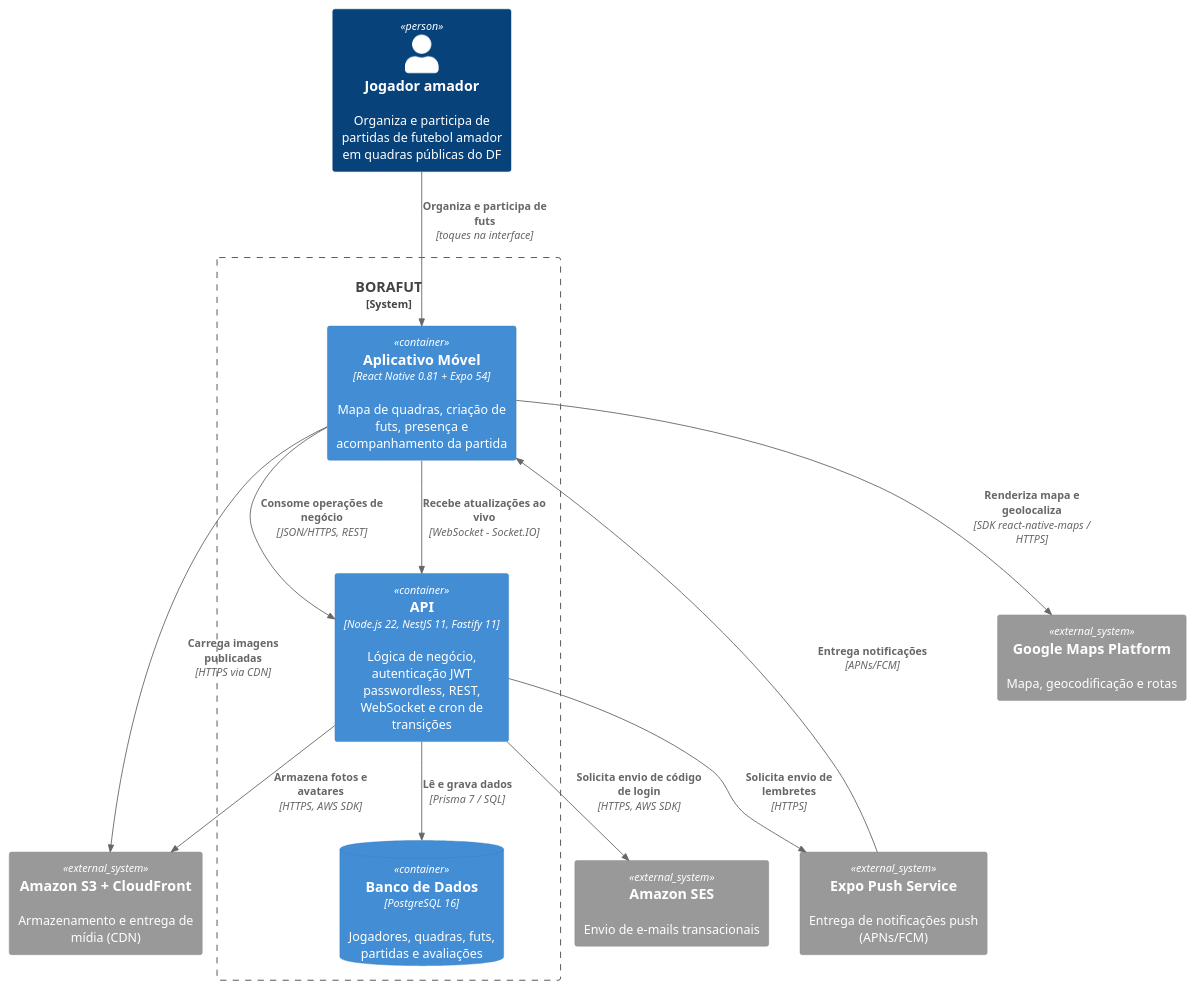
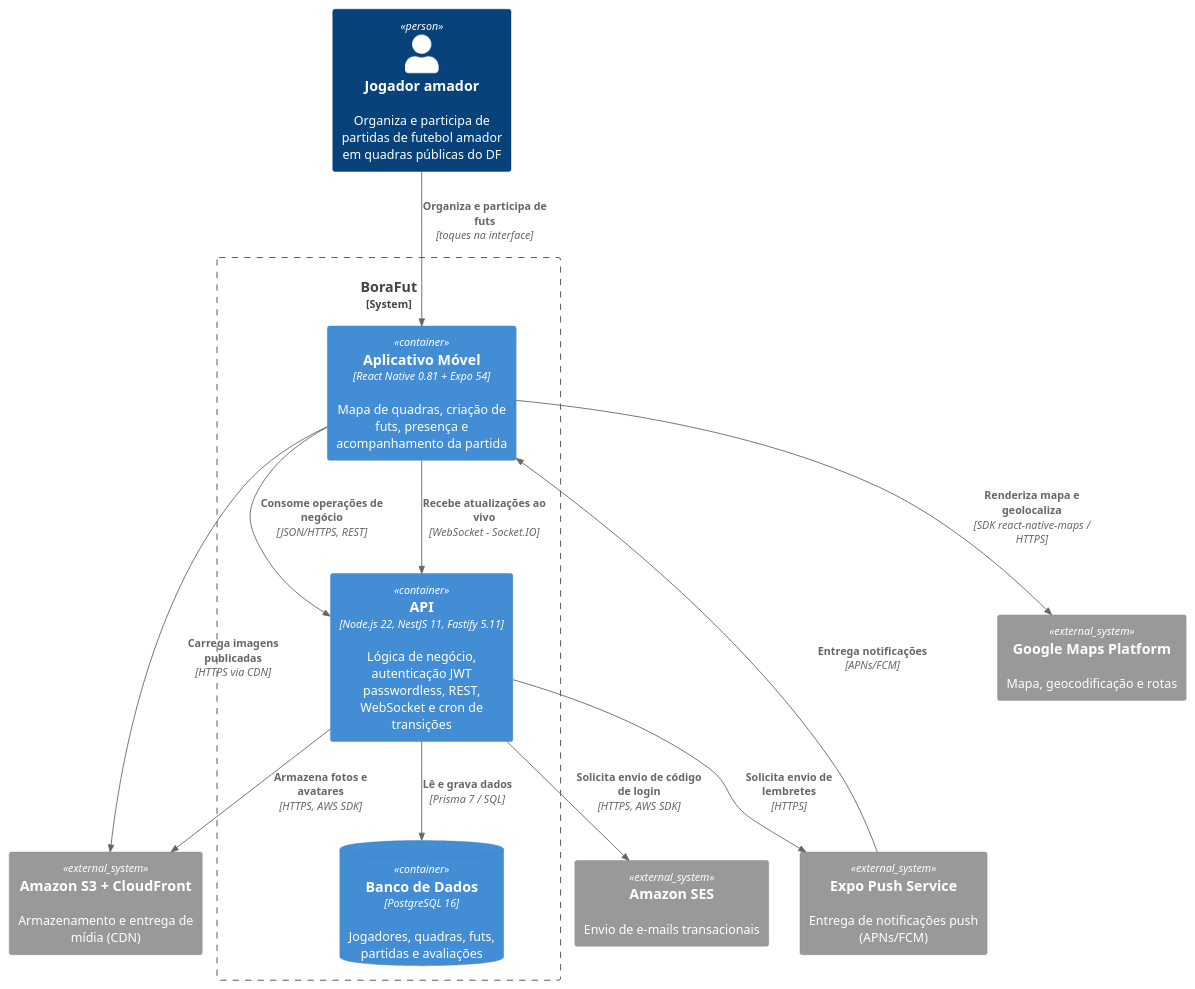
The second of 3 diagrams in specs-diagramas-banca.md (EhOMiguel/borafut-app-tcc), drawn with PlantUML before and after one commit. The commit also changed other lines of this file and 39 other files, not shown here.

````diff
--- a/specs-diagramas-banca.md
+++ b/specs-diagramas-banca.md
@@ -441,29 +477,29 @@
 ```plantuml
 @startuml
 !include https://raw.githubusercontent.com/plantuml-stdlib/C4-PlantUML/master/C4_Container.puml
 
 Person(jogador, "Jogador amador", "Organiza e participa de partidas de futebol amador em quadras públicas do DF")
 
-System_Boundary(borafut, "BORAFUT") {
+System_Boundary(borafut, "BoraFut") {
   Container(app, "Aplicativo Móvel", "React Native 0.81 + Expo 54", "Mapa de quadras, criação de futs, presença e acompanhamento da partida")
-  Container(api, "API", "Node.js 22, NestJS 11, Fastify 11", "Lógica de negócio, autenticação JWT passwordless, REST, WebSocket e cron de transições")
+  Container(api, "API", "Node.js 22, NestJS 11, Fastify 5.11", "Lógica de negócio, autenticação JWT passwordless, REST, WebSocket e cron de transições")
   ContainerDb(db, "Banco de Dados", "PostgreSQL 16", "Jogadores, quadras, futs, partidas e avaliações")
 }
 
 System_Ext(maps, "Google Maps Platform", "Mapa, geocodificação e rotas")
 System_Ext(ses, "Amazon SES", "Envio de e-mails transacionais")
 System_Ext(cdn, "Amazon S3 + CloudFront", "Armazenamento e entrega de mídia (CDN)")
 System_Ext(push, "Expo Push Service", "Entrega de notificações push (APNs/FCM)")
 
 Rel(jogador, app, "Organiza e participa de futs", "toques na interface")
 Rel(app, api, "Consome operações de negócio", "JSON/HTTPS, REST")
 Rel(app, api, "Recebe atualizações ao vivo", "WebSocket - Socket.IO")
 Rel(api, db, "Lê e grava dados", "Prisma 7 / SQL")
 Rel(app, maps, "Renderiza mapa e geolocaliza", "SDK react-native-maps / HTTPS")
 Rel(api, ses, "Solicita envio de código de login", "HTTPS, AWS SDK")
 Rel(api, cdn, "Armazena fotos e avatares", "HTTPS, AWS SDK")
 Rel(app, cdn, "Carrega imagens publicadas", "HTTPS via CDN")
 Rel(api, push, "Solicita envio de lembretes", "HTTPS")
 Rel(push, app, "Entrega notificações", "APNs/FCM")
 @enduml
 ```
````
